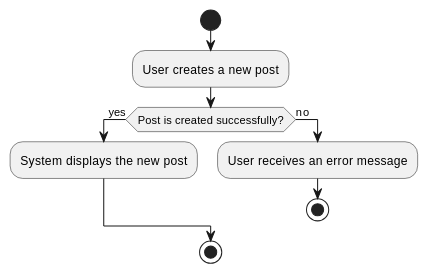
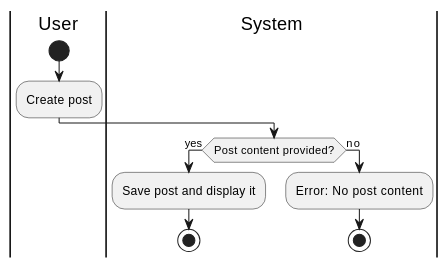
One commit to tungbeo0221/Forked-crosscodex.github.io changed the fourth of 22 diagrams in docs/checkpoint_1/use_cases.md. Above: the diagram before and after it, drawn with PlantUML. The commit also changed other lines of this file and 39 other files, not shown here.

````diff
--- a/docs/checkpoint_1/use_cases.md
+++ b/docs/checkpoint_1/use_cases.md
@@ -107,13 +128,15 @@
 ```plantuml
 @startuml
+|User|
 start
-:User creates a new post;
-if (Post is created successfully?) then (yes)
-  :System displays the new post;
+:Create post;
+|System|
+if (Post content provided?) then (yes)
+  :Save post and display it;
+  stop
 else (no)
-  :User receives an error message;
+  :Error: No post content;
   stop
 endif
-stop
 @enduml
 ```
````
